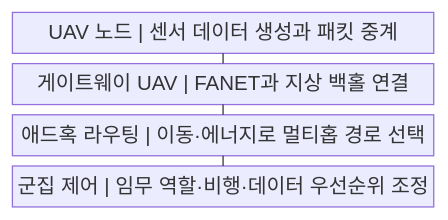
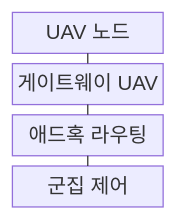
Before and after one commit to agnusdei1207/knowledge-base: the first of 2 diagrams in src/content/docs/notes/04-network/052_fanet_drone_network.md, drawn with Mermaid. The commit also changed other lines of this file and 122 other files, not shown here.

````diff
--- a/src/content/docs/notes/04-network/052_fanet_drone_network.md
+++ b/src/content/docs/notes/04-network/052_fanet_drone_network.md
@@ -54,11 +54,11 @@
 ```mermaid
-block
+block-beta
     columns 1
-    A["UAV 노드 | 센서 데이터 생성과 패킷 중계"]
-    B["게이트웨이 UAV | FANET과 지상 백홀 연결"]
-    C["애드혹 라우팅 | 이동·에너지로 멀티홉 경로 선택"]
-    D["군집 제어 | 임무 역할·비행·데이터 우선순위 조정"]
+    A["UAV 노드"]
+    B["게이트웨이 UAV"]
+    C["애드혹 라우팅"]
+    D["군집 제어"]
     A --- B
     B --- C
     C --- D
 ```
````
